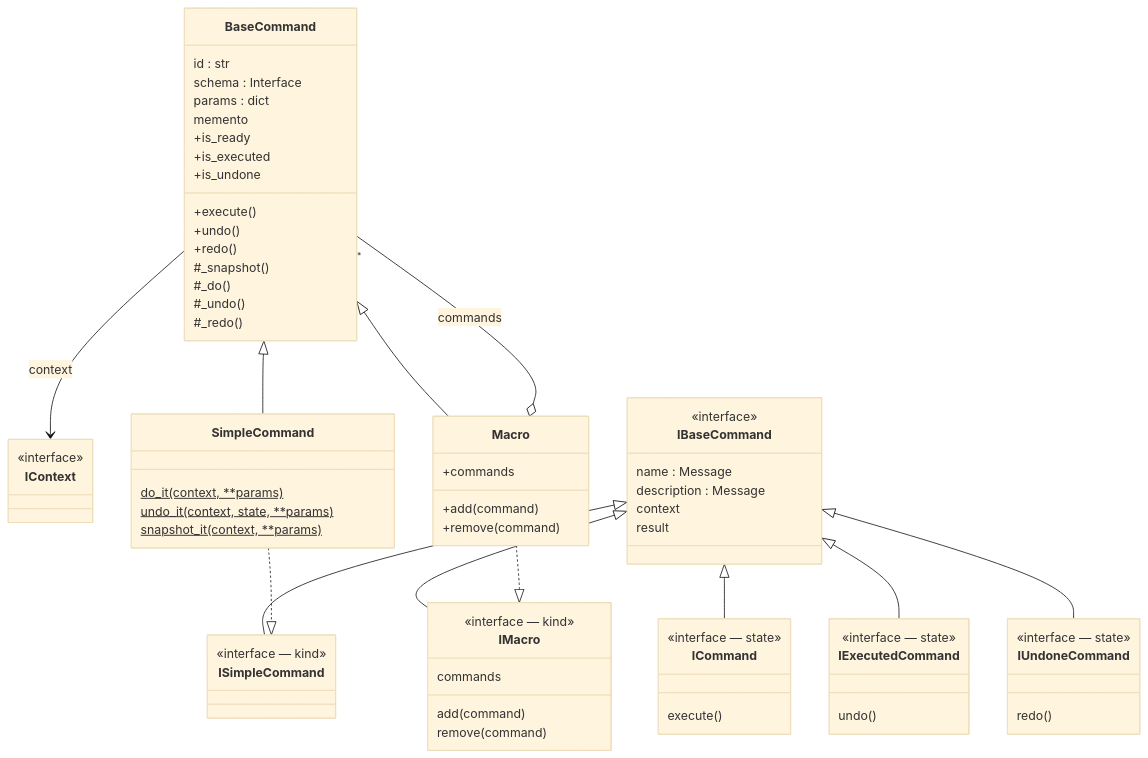
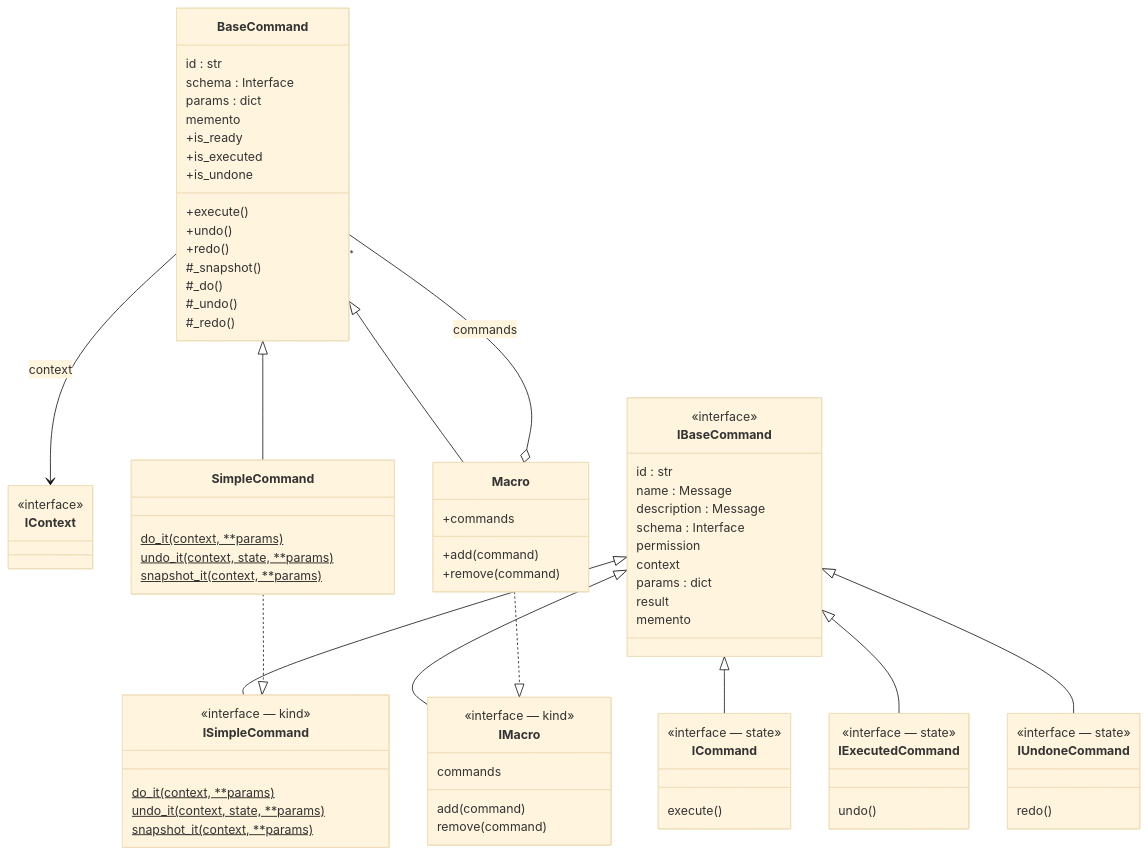
One commit to michaellaunay/komandaro changed the second of 9 diagrams in docs/en/architecture.md. Above: the diagram before and after it, drawn with Mermaid (base theme). The commit also changed other lines of this file and 36 other files, not shown here.

````diff
--- a/docs/en/architecture.md
+++ b/docs/en/architecture.md
@@ -91,72 +92,80 @@
 ```mermaid
 classDiagram
     class IContext {
         <<interface>>
     }
     class IBaseCommand {
         <<interface>>
+        id : str
         name : Message
         description : Message
+        schema : Interface
+        permission
         context
+        params : dict
         result
+        memento
     }
     class ICommand {
         <<interface — state>>
         execute()
     }
     class IExecutedCommand {
         <<interface — state>>
         undo()
     }
     class IUndoneCommand {
         <<interface — state>>
         redo()
     }
     class ISimpleCommand {
         <<interface — kind>>
+        do_it(context, **params)$
+        undo_it(context, state, **params)$
+        snapshot_it(context, **params)$
     }
     class IMacro {
         <<interface — kind>>
         commands
         add(command)
         remove(command)
     }
     IBaseCommand <|-- ICommand
     IBaseCommand <|-- IExecutedCommand
     IBaseCommand <|-- IUndoneCommand
     IBaseCommand <|-- ISimpleCommand
     IBaseCommand <|-- IMacro
 
     class BaseCommand {
         id : str
         schema : Interface
         params : dict
         memento
         +execute()
         +undo()
         +redo()
         +is_ready
         +is_executed
         +is_undone
         #_snapshot()
         #_do()
         #_undo()
         #_redo()
     }
     class SimpleCommand {
         do_it(context, **params)$
         undo_it(context, state, **params)$
         snapshot_it(context, **params)$
     }
     class Macro {
         +commands
         +add(command)
         +remove(command)
     }
     BaseCommand <|-- SimpleCommand
     BaseCommand <|-- Macro
     SimpleCommand ..|> ISimpleCommand
     Macro ..|> IMacro
     Macro o-- "*" BaseCommand : commands
     BaseCommand --> IContext : context
 ```
````
